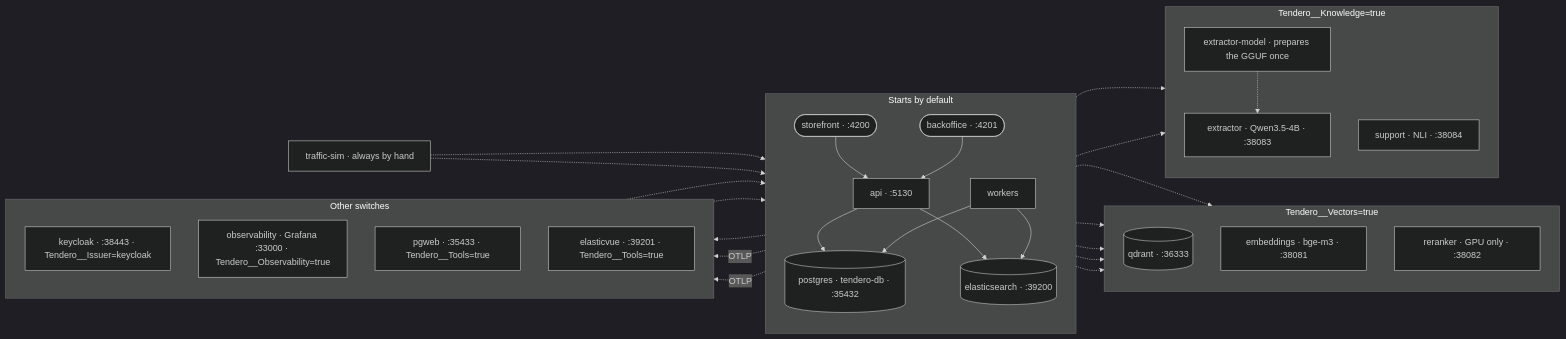
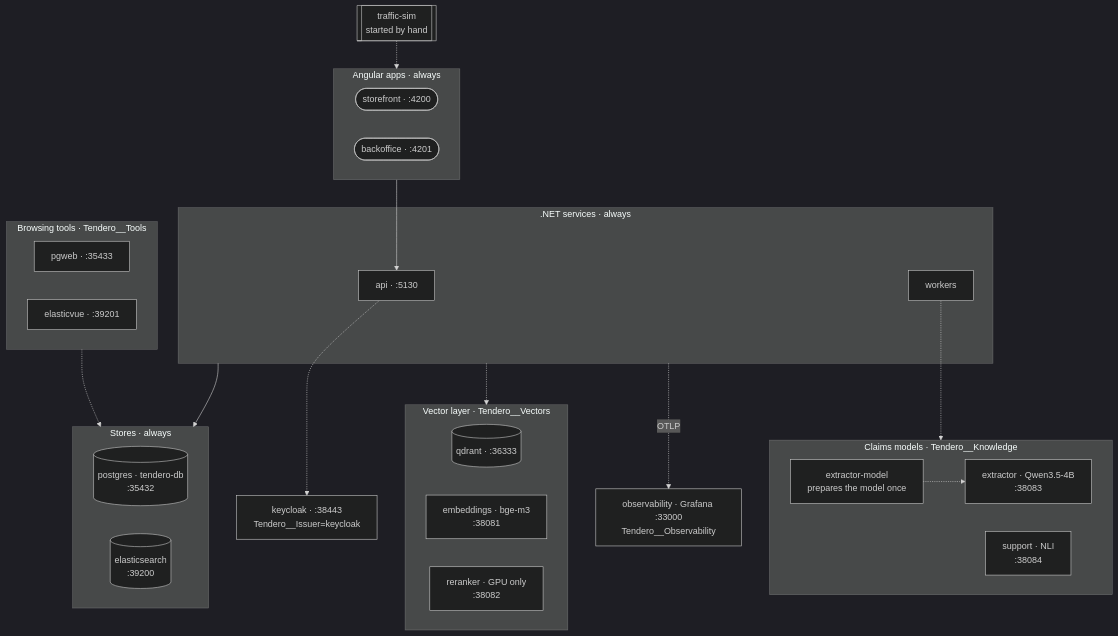
The second of 3 diagrams in README.md (juanluelguerre/tendero), drawn with Mermaid (dark theme) before and after one commit. The commit also changed other lines of this file and 1 other file, not shown here.

First line of the commit message:
docs(readme): a stack map that renders, the switches from every launcher, and an https-vectors profile

````diff
--- a/README.md
+++ b/README.md
@@ -295,58 +295,49 @@
 ```mermaid
-flowchart LR
-    subgraph always [Starts by default]
-        direction TB
-        storefront([storefront · :4200])
-        backoffice([backoffice · :4201])
-        api[api · :5130]
-        workers[workers]
-        postgres[(postgres · tendero-db · :35432)]
-        elasticsearch[(elasticsearch · :39200)]
+flowchart TB
+    trafficSim[["traffic-sim<br/>started by hand"]]
+
+    subgraph apps ["Angular apps · always"]
+        storefront(["storefront · :4200"])
+        backoffice(["backoffice · :4201"])
     end
 
-    subgraph vectors [Tendero__Vectors=true]
-        direction TB
-        qdrant[(qdrant · :36333)]
-        embeddings[embeddings · bge-m3 · :38081]
-        reranker[reranker · GPU only · :38082]
+    subgraph services [".NET services · always"]
+        api["api · :5130"]
+        workers["workers"]
     end
 
-    subgraph knowledge [Tendero__Knowledge=true]
-        direction TB
-        extractorModel[extractor-model · prepares the GGUF once]
-        extractor[extractor · Qwen3.5-4B · :38083]
-        support[support · NLI · :38084]
+    subgraph stores ["Stores · always"]
+        postgres[("postgres · tendero-db<br/>:35432")]
+        elasticsearch[("elasticsearch<br/>:39200")]
     end
 
-    subgraph ops [Other switches]
-        direction TB
-        keycloak[keycloak · :38443 · Tendero__Issuer=keycloak]
-        observability[observability · Grafana :33000 · Tendero__Observability=true]
-        pgweb[pgweb · :35433 · Tendero__Tools=true]
-        elasticvue[elasticvue · :39201 · Tendero__Tools=true]
+    subgraph vectors ["Vector layer · Tendero__Vectors"]
+        qdrant[("qdrant · :36333")]
+        embeddings["embeddings · bge-m3<br/>:38081"]
+        reranker["reranker · GPU only<br/>:38082"]
     end
 
-    trafficSim[traffic-sim · always by hand]
+    subgraph knowledge ["Claims models · Tendero__Knowledge"]
+        extractorModel["extractor-model<br/>prepares the model once"]
+        extractor["extractor · Qwen3.5-4B<br/>:38083"]
+        support["support · NLI<br/>:38084"]
+    end
 
-    storefront --> api
-    backoffice --> api
-    api --> postgres
-    api --> elasticsearch
-    workers --> postgres
-    workers --> elasticsearch
-    api -.-> qdrant
-    api -.-> embeddings
-    api -.-> reranker
-    workers -.-> qdrant
-    workers -.-> embeddings
+    subgraph tools ["Browsing tools · Tendero__Tools"]
+        pgweb["pgweb · :35433"]
+        elasticvue["elasticvue · :39201"]
+    end
+
+    keycloak["keycloak · :38443<br/>Tendero__Issuer=keycloak"]
+    observability["observability · Grafana :33000<br/>Tendero__Observability"]
+
+    trafficSim -.-> apps
+    apps --> api
+    services --> stores
+    services -.-> vectors
+    workers -.-> knowledge
     extractorModel -.-> extractor
-    workers -.-> extractor
-    workers -.-> support
     api -.-> keycloak
-    api -.->|OTLP| observability
-    workers -.->|OTLP| observability
-    pgweb -.-> postgres
-    elasticvue -.-> elasticsearch
-    trafficSim -.-> storefront
-    trafficSim -.-> api
+    services -.->|OTLP| observability
+    tools -.-> stores
 ```
````
